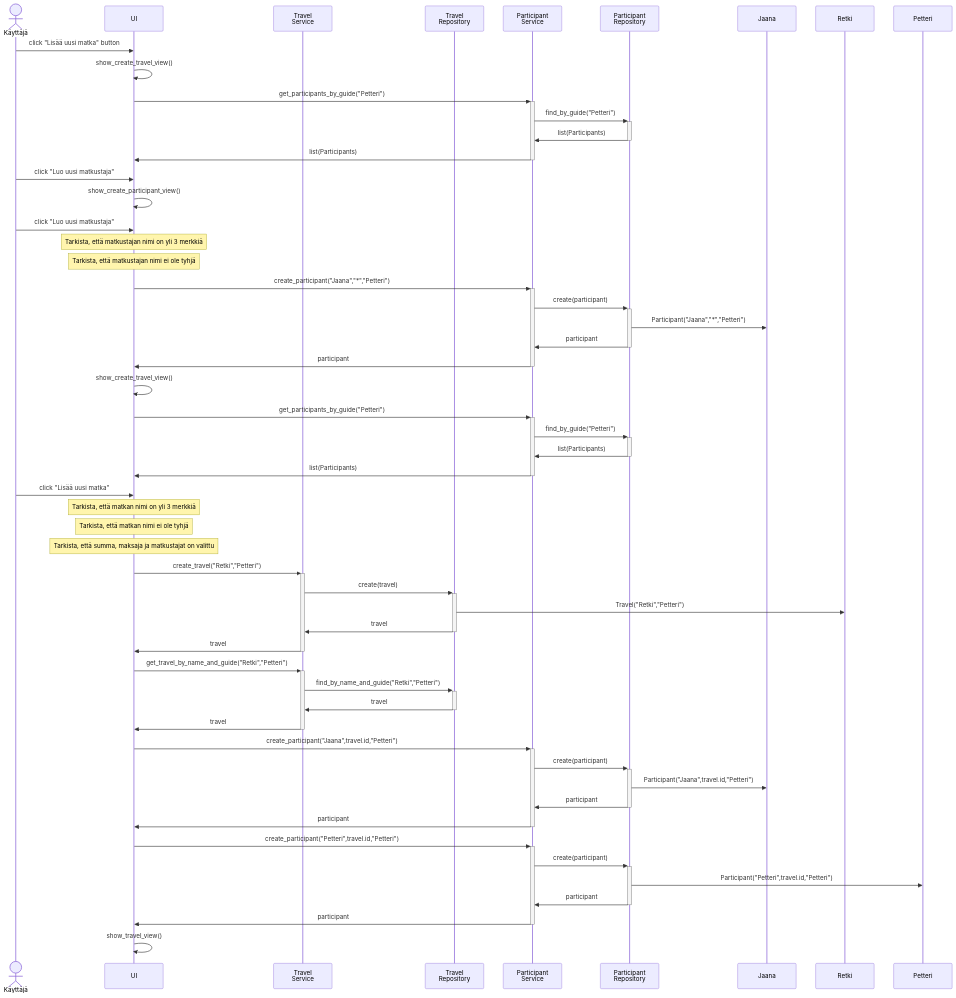
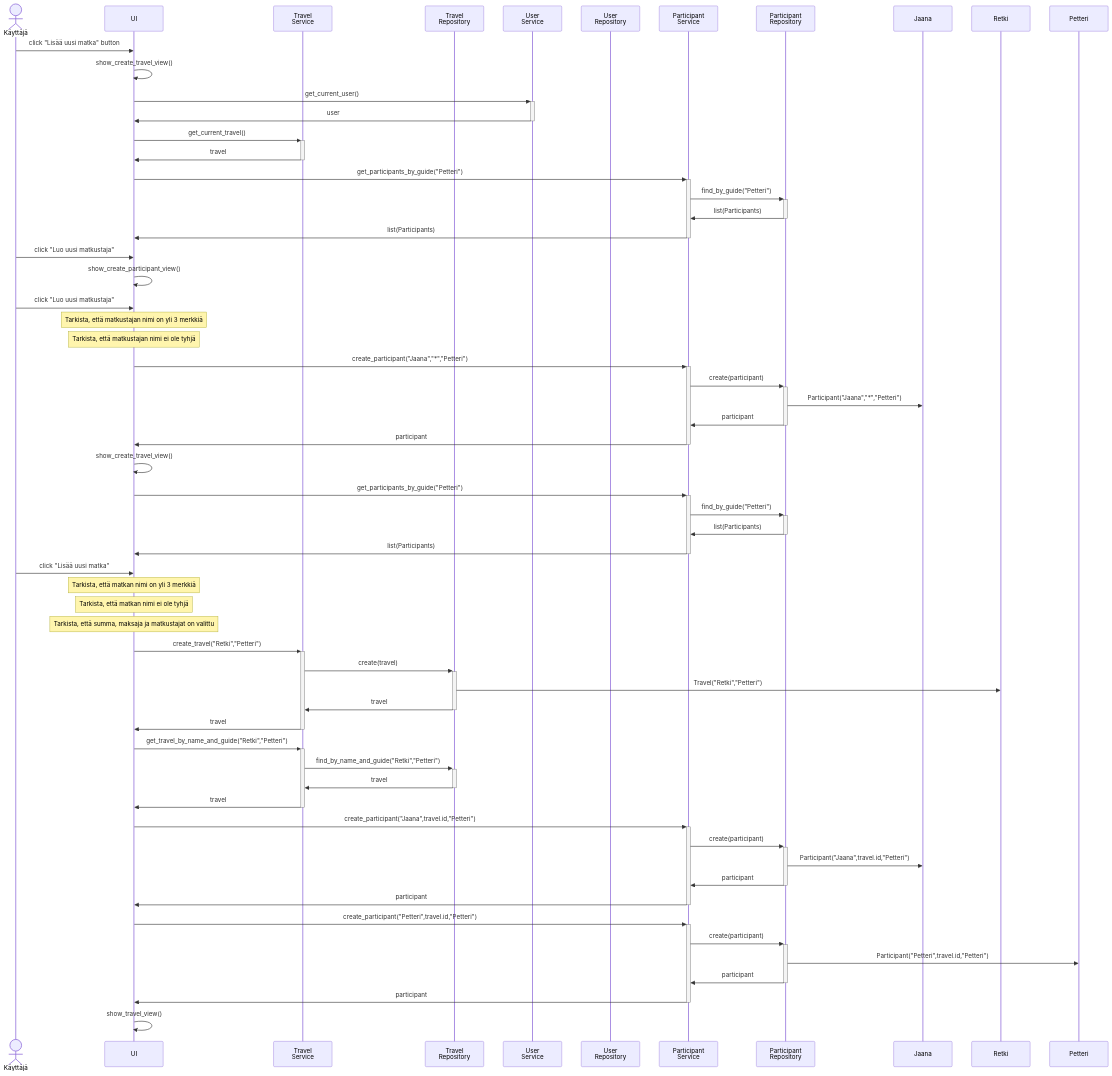
One commit to phuvio/ot-harjoitustyo changed the third of 4 diagrams in travel-expense-calculator-app/dokumentaatio/arkkitehtuuri.md. Above: the diagram before and after it, drawn with Mermaid.

````diff
--- a/travel-expense-calculator-app/dokumentaatio/arkkitehtuuri.md
+++ b/travel-expense-calculator-app/dokumentaatio/arkkitehtuuri.md
@@ -115,58 +115,64 @@
 ```mermaid
  sequenceDiagram
    Actor K as Käyttäjä
    participant U as UI
    participant T as Travel <br> Service
    participant TR as Travel <br> Repository
+   participant S as User <br> Service
+   participant SR as User <br> Repository
    participant P as Participant <br> Service
    participant PR as Participant <br> Repository
    participant J as Jaana
    participant M as Retki
    participant H as Petteri
    K->>U: click "Lisää uusi matka" button
    U->>U: show_create_travel_view()
+   U->>+S: get_current_user()
+   S->>-U: user
+   U->>+T: get_current_travel()
+   T->>-U: travel
    U->>+P: get_participants_by_guide("Petteri")
    P->>+PR: find_by_guide("Petteri")
    PR->>-P: list(Participants)
    P->>-U: list(Participants)
    K->>U: click "Luo uusi matkustaja"
    U->>U: show_create_participant_view()
    K->>U: click "Luo uusi matkustaja"
    Note over U: Tarkista, että matkustajan nimi on yli 3 merkkiä
    Note over U: Tarkista, että matkustajan nimi ei ole tyhjä
    U->>+P: create_participant("Jaana","*","Petteri")
    P->>+PR: create(participant)
    PR->>J: Participant("Jaana","*","Petteri")
    PR->>-P: participant
    P->>-U: participant
    U->>U: show_create_travel_view()
    U->>+P: get_participants_by_guide("Petteri")
    P->>+PR: find_by_guide("Petteri")
    PR->>-P: list(Participants)
    P->>-U: list(Participants)
    K->>U: click "Lisää uusi matka"
    Note over U: Tarkista, että matkan nimi on yli 3 merkkiä
    Note over U: Tarkista, että matkan nimi ei ole tyhjä
    Note over U: Tarkista, että summa, maksaja ja matkustajat on valittu
    U->>+T: create_travel("Retki","Petteri")
    T->>+TR: create(travel)
    TR->>M: Travel("Retki","Petteri")
    TR->>-T: travel
    T->>-U: travel
    U->>+T: get_travel_by_name_and_guide("Retki","Petteri")
    T->>+TR: find_by_name_and_guide("Retki","Petteri")
    TR->>-T: travel
    T->>-U: travel
    U->>+P: create_participant("Jaana",travel.id,"Petteri")
    P->>+PR: create(participant)
    PR->>J: Participant("Jaana",travel.id,"Petteri")
    PR->>-P: participant
    P->>-U: participant
    U->>+P: create_participant("Petteri",travel.id,"Petteri")
    P->>+PR: create(participant)
    PR->>H: Participant("Petteri",travel.id,"Petteri")
    PR->>-P: participant
    P->>-U: participant
    U->>U: show_travel_view()
 
 ```
````
